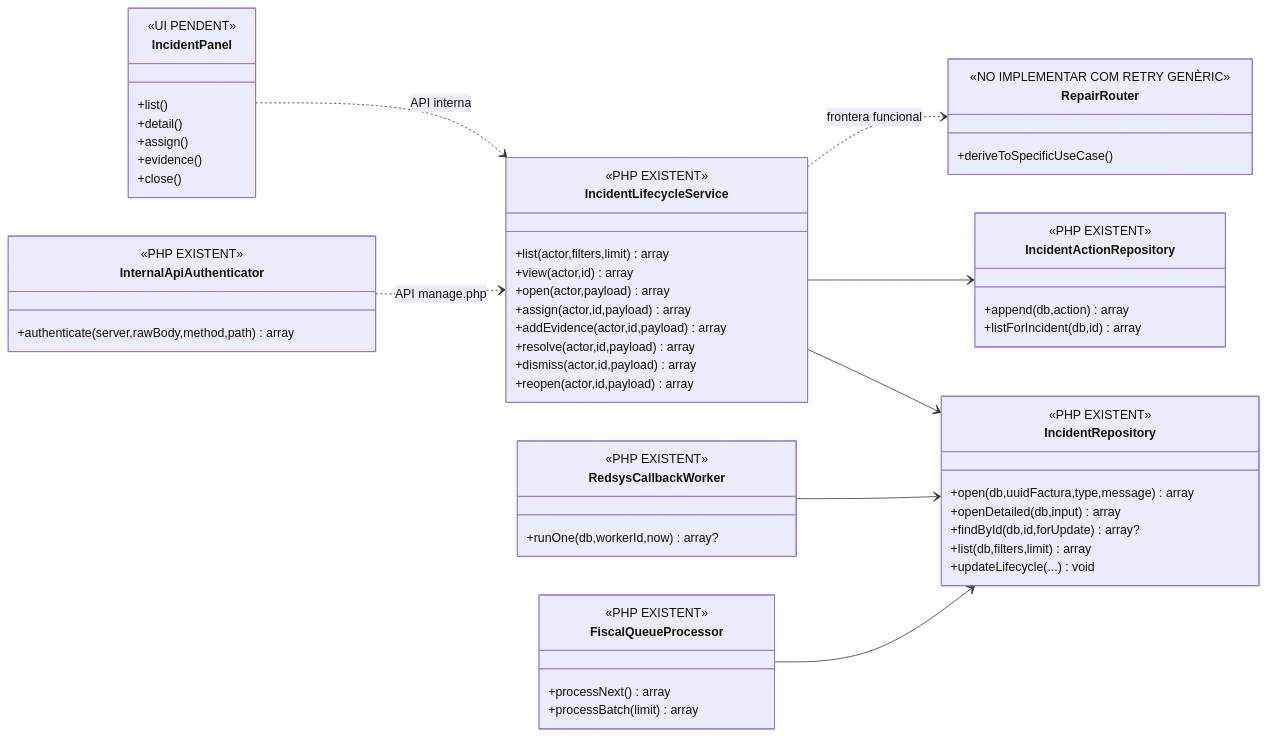
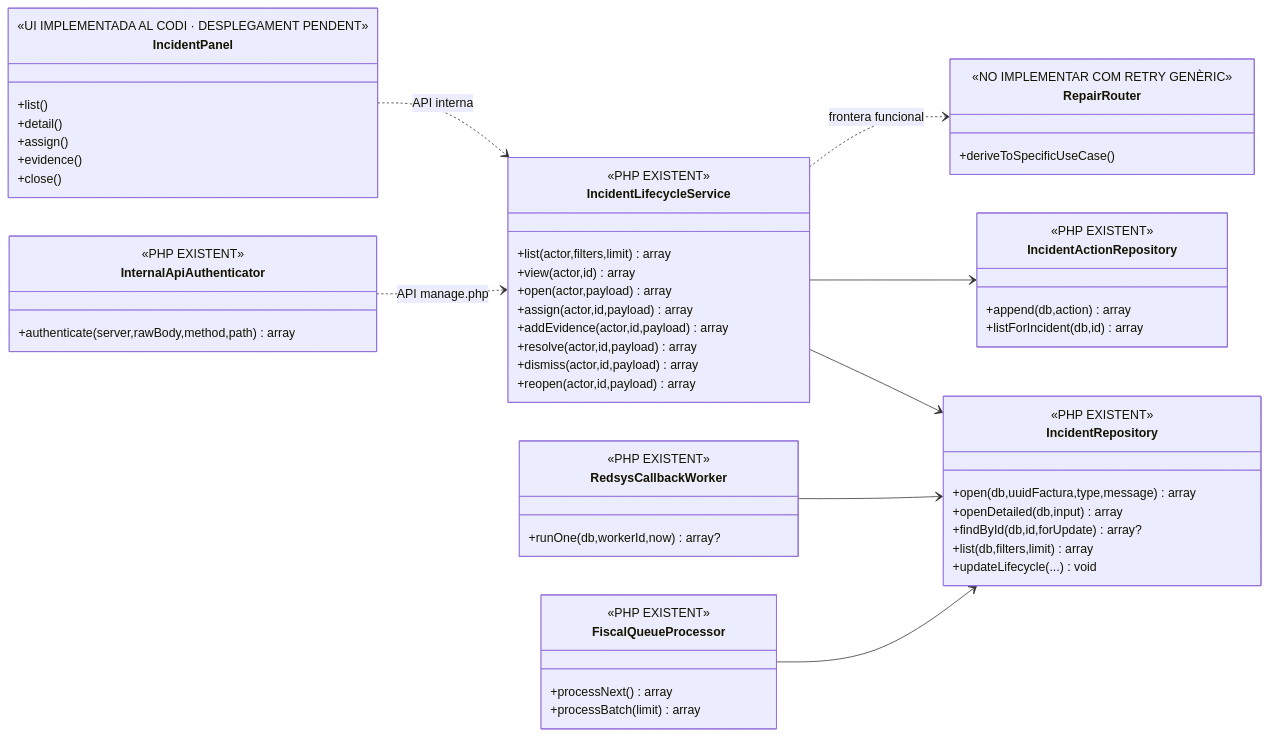
Before and after one commit to orgmeriemprismacat-del/verifactu: the second of 23 diagrams in documentacio/07-uml-integrat/uc-008-gestionar-incidencia-sif.md, drawn with Mermaid. The commit also changed other lines of this file, not shown here.

```diff
--- a/documentacio/07-uml-integrat/uc-008-gestionar-incidencia-sif.md
+++ b/documentacio/07-uml-integrat/uc-008-gestionar-incidencia-sif.md
@@ -179,69 +179,69 @@
 ~~~mermaid
 classDiagram
 direction LR
 
 class IncidentRepository {
   <<PHP EXISTENT>>
   +open(db,uuidFactura,type,message) array
   +openDetailed(db,input) array
   +findById(db,id,forUpdate) array?
   +list(db,filters,limit) array
   +updateLifecycle(...) void
 }
 
 class IncidentActionRepository {
   <<PHP EXISTENT>>
   +append(db,action) array
   +listForIncident(db,id) array
 }
 
 class IncidentLifecycleService {
   <<PHP EXISTENT>>
   +list(actor,filters,limit) array
   +view(actor,id) array
   +open(actor,payload) array
   +assign(actor,id,payload) array
   +addEvidence(actor,id,payload) array
   +resolve(actor,id,payload) array
   +dismiss(actor,id,payload) array
   +reopen(actor,id,payload) array
 }
 
 class InternalApiAuthenticator {
   <<PHP EXISTENT>>
   +authenticate(server,rawBody,method,path) array
 }
 
 class RedsysCallbackWorker {
   <<PHP EXISTENT>>
   +runOne(db,workerId,now) array?
 }
 
 class FiscalQueueProcessor {
   <<PHP EXISTENT>>
   +processNext() array
   +processBatch(limit) array
 }
 
 class IncidentPanel {
-  <<UI PENDENT>>
+  <<UI IMPLEMENTADA AL CODI · DESPLEGAMENT PENDENT>>
   +list()
   +detail()
   +assign()
   +evidence()
   +close()
 }
 
 class RepairRouter {
   <<NO IMPLEMENTAR COM RETRY GENÈRIC>>
   +deriveToSpecificUseCase()
 }
 
 IncidentLifecycleService --> IncidentRepository
 IncidentLifecycleService --> IncidentActionRepository
 InternalApiAuthenticator ..> IncidentLifecycleService : API manage.php
 RedsysCallbackWorker --> IncidentRepository
 FiscalQueueProcessor --> IncidentRepository
 IncidentPanel ..> IncidentLifecycleService : API interna
 IncidentLifecycleService ..> RepairRouter : frontera funcional
 ~~~
```
